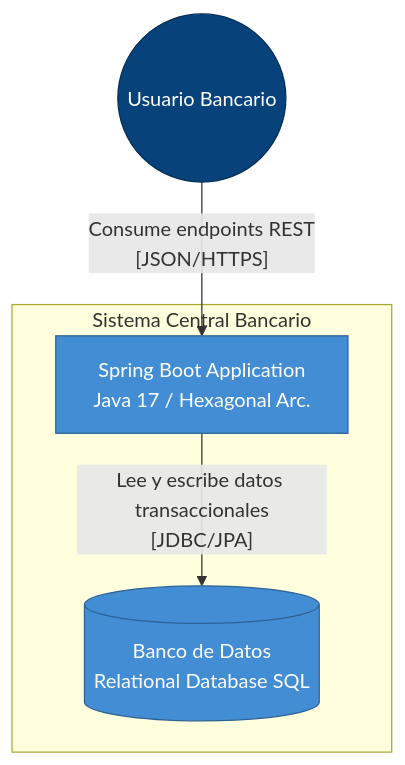
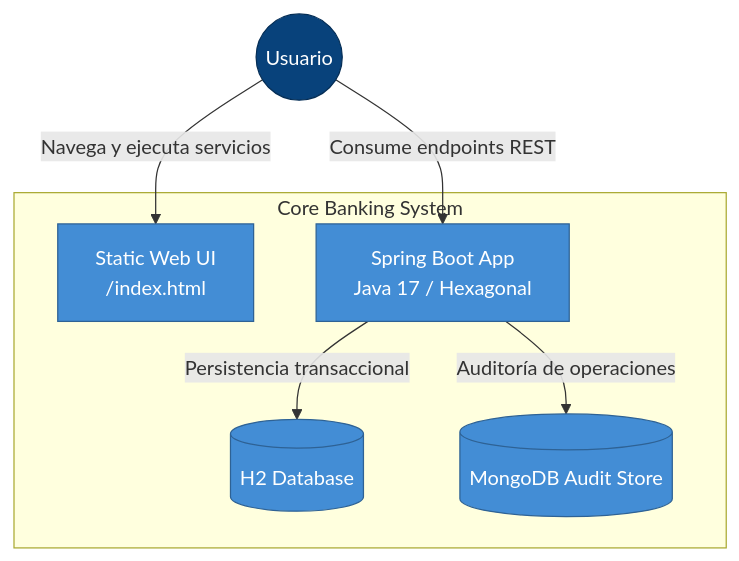
Before and after one commit to Digiwill08/ConstruccionDeSoftware2WilmerVega: the second of 3 diagrams in C4_ARCHITECTURE.md, drawn with Mermaid. The commit also changed other lines of this file and 7 other files, not shown here.

First line of the commit message:
Refactor banking system documentation and domain model

````diff
--- a/C4_ARCHITECTURE.md
+++ b/C4_ARCHITECTURE.md
@@ -37,23 +25,24 @@
 ```mermaid
 graph TD
-    %% Nodos
-    User((Usuario Bancario))
-    
-    subgraph Core Banking System [Sistema Central Bancario]
-        API[Spring Boot Application\nJava 17 / Hexagonal Arc.]
-        DB[(Banco de Datos\nRelational Database SQL)]
+    Usuario((Usuario))
+
+    subgraph Sistema[Core Banking System]
+        UI[Static Web UI\n/index.html]
+        API[Spring Boot App\nJava 17 / Hexagonal]
+        SQL[(H2 Database)]
+        MONGO[(MongoDB Audit Store)]
     end
-    
-    %% Relaciones
-    User -- "Consume endpoints REST\n[JSON/HTTPS]" --> API
-    API -- "Lee y escribe datos transaccionales\n[JDBC/JPA]" --> DB
-    
-    %% Estilos
+
+    Usuario -- "Navega y ejecuta servicios" --> UI
+    Usuario -- "Consume endpoints REST" --> API
+    API -- "Persistencia transaccional" --> SQL
+    API -- "Auditoría de operaciones" --> MONGO
+
     classDef person fill:#08427b,stroke:#052e56,color:#fff;
     classDef container fill:#438dd5,stroke:#2e6295,color:#fff;
     classDef db fill:#438dd5,stroke:#2e6295,color:#fff;
-    
-    class User person;
-    class API container;
-    class DB db;
+
+    class Usuario person;
+    class UI,API container;
+    class SQL,MONGO db;
 ```
````
